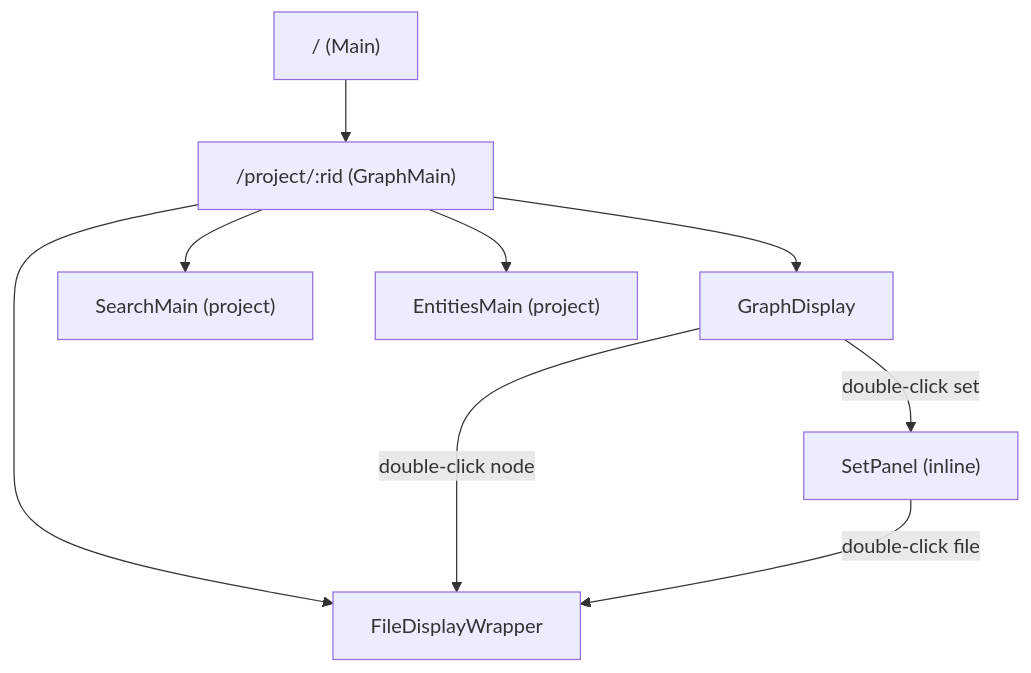
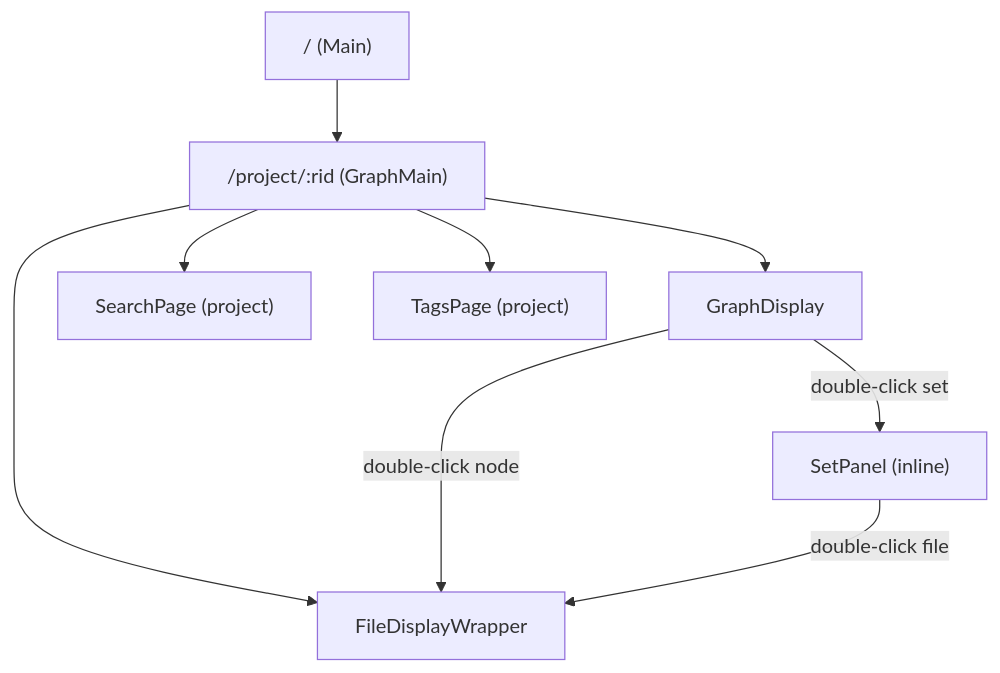
One commit to OSC-JYU/MessyDesk-UI changed the diagram in wiki/routing.md. Above: the diagram before and after it, drawn with Mermaid. The commit also changed other lines of this file and 29 other files, not shown here.

````diff
--- a/wiki/routing.md
+++ b/wiki/routing.md
@@ -74,11 +74,11 @@
 ```mermaid
 graph TD
     Home["/ (Main)"] --> ProjectShell["/project/:rid (GraphMain)"]
     ProjectShell --> GraphView["GraphDisplay"]
-    ProjectShell --> SearchView["SearchMain (project)"]
-    ProjectShell --> EntitiesView["EntitiesMain (project)"]
+    ProjectShell --> SearchView["SearchPage (project)"]
+    ProjectShell --> EntitiesView["TagsPage (project)"]
     ProjectShell --> FileView["FileDisplayWrapper"]
     GraphView -->|double-click node| FileView
     GraphView -->|double-click set| SetPanel["SetPanel (inline)"]
     SetPanel -->|double-click file| FileView
 ```
````
